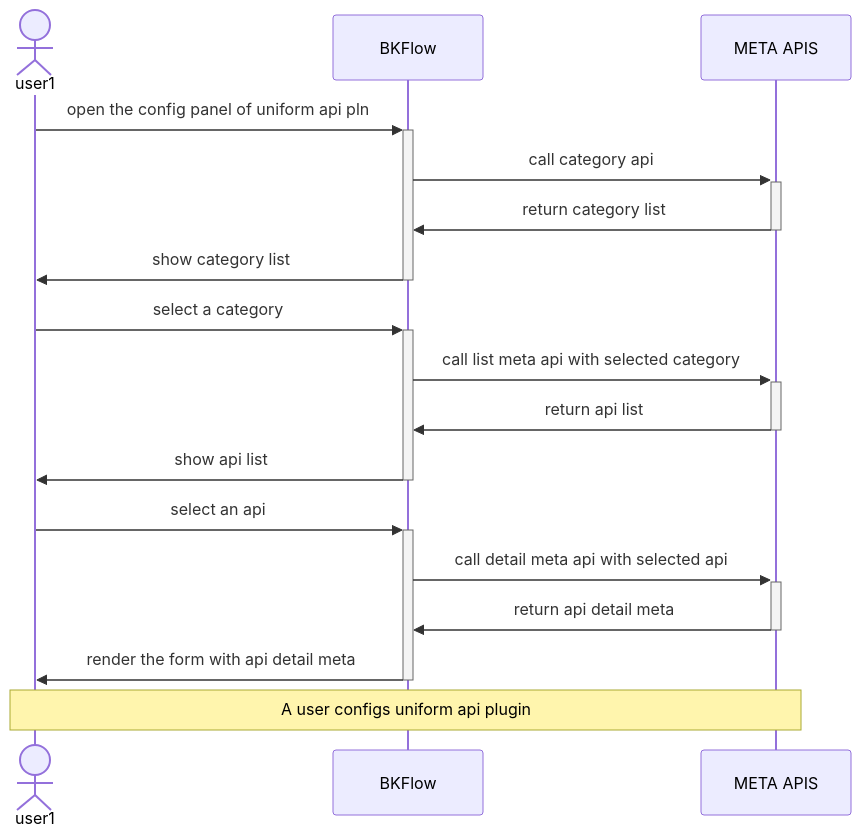
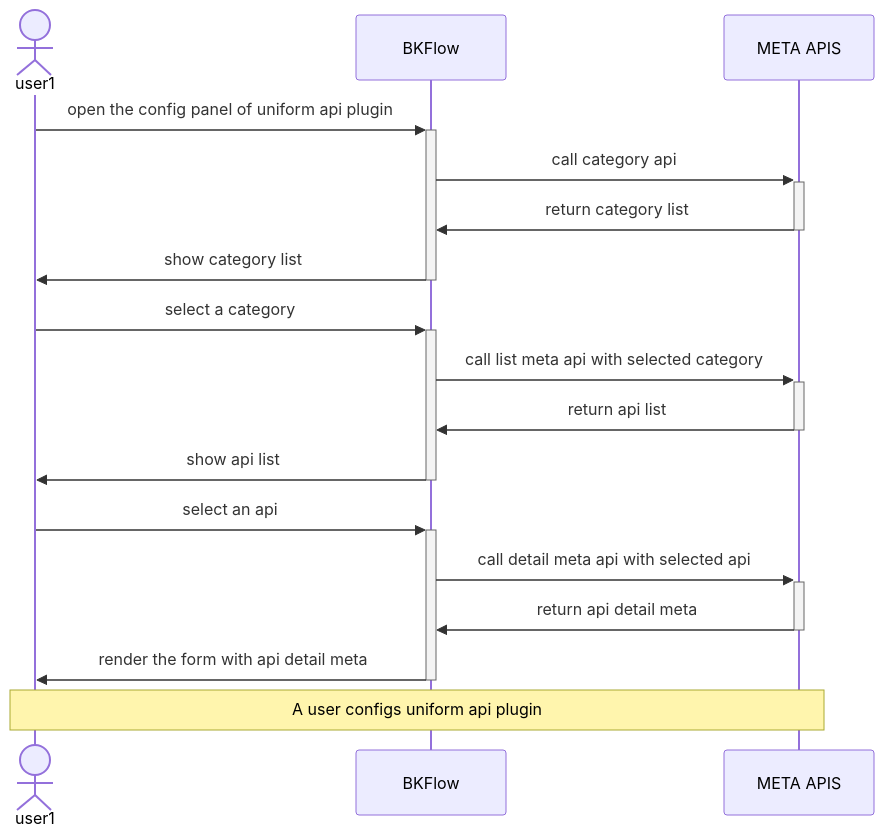
Before and after one commit to TencentBlueKing/BKFlow: the first of 3 diagrams in docs/guide/api_plugin.md, drawn with Mermaid. The commit also changed other lines of this file, not shown here.

````diff
--- a/docs/guide/api_plugin.md
+++ b/docs/guide/api_plugin.md
@@ -27,21 +27,21 @@
 ``` mermaid
 sequenceDiagram 
     actor user1
     participant b as BKFlow
     participant a as META APIS
     
-    user1->>+b: open the config panel of uniform api pln
+    user1->>+b: open the config panel of uniform api plugin
     b->>+a: call category api
     a->>-b: return category list
     b->>-user1: show category list
     user1->>+b: select a category
     b->>+a: call list meta api with selected category
     a->>-b: return api list
     b->>-user1: show api list
     user1->>+b: select an api
     b->>+a: call detail meta api with selected api
     a->>-b: return api detail meta
     b->>-user1: render the form with api detail meta
     
     Note over user1, a: A user configs uniform api plugin
 ```
````
